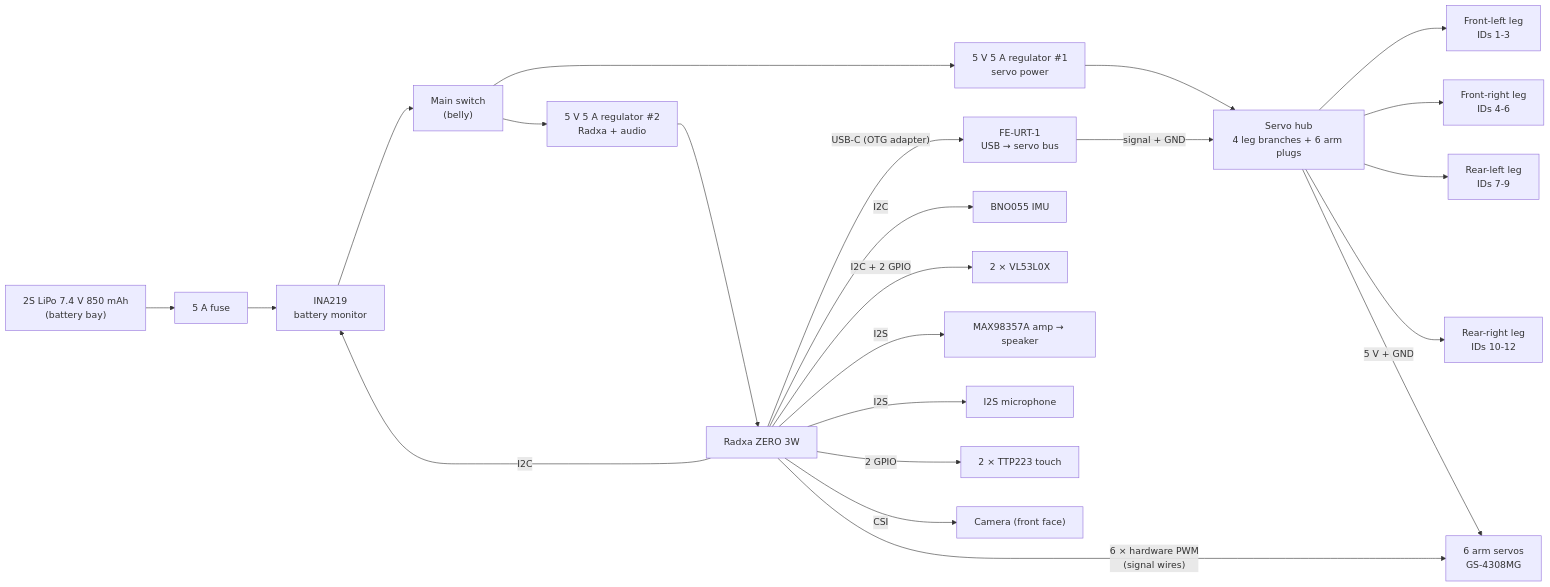
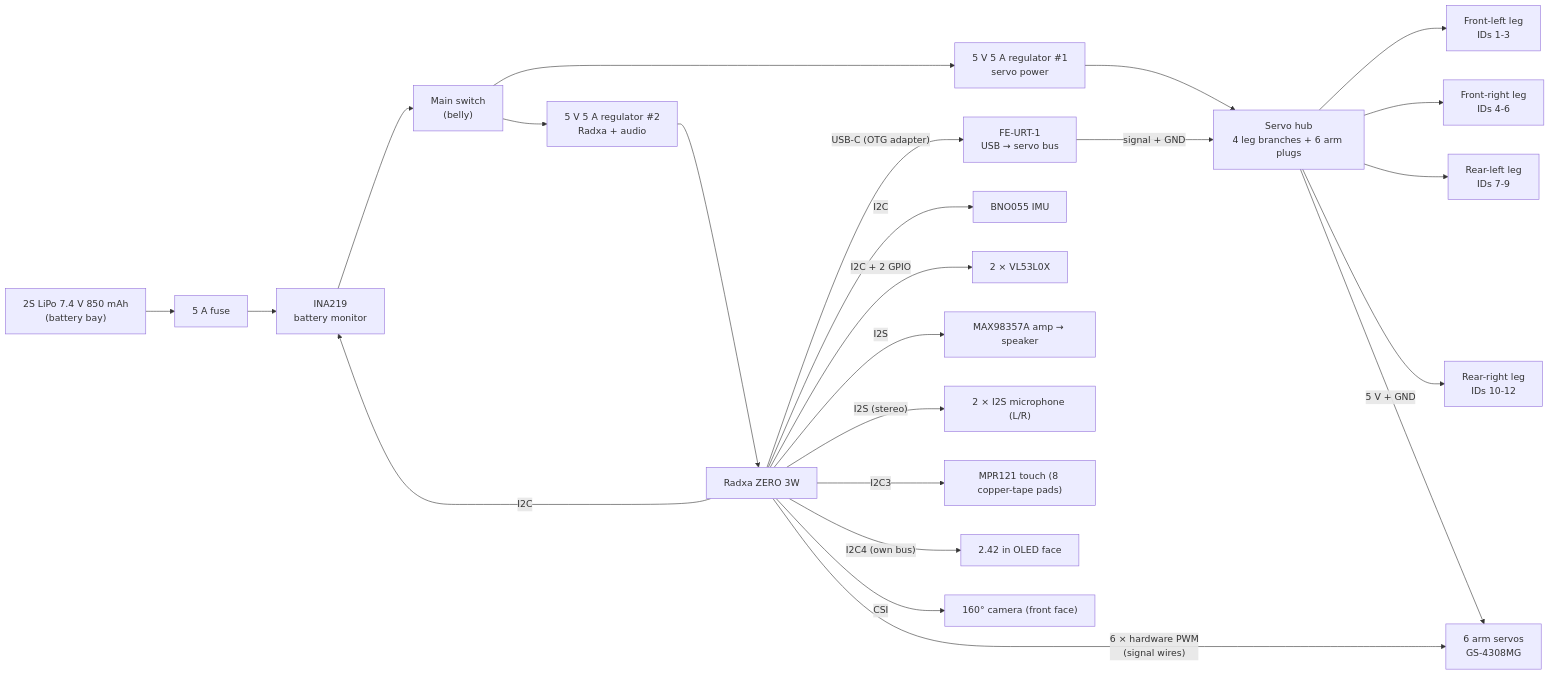
Before and after one commit to rhythmshandlya/pinch: the diagram in hardware/electronics.md, drawn with Mermaid. The commit also changed other lines of this file and 48 other files, not shown here.

First line of the commit message:
Face visor + desk tray + jaw lips (CAD), wide camera, BOM ₹90.7k, push RL env, docs, decisions

````diff
--- a/hardware/electronics.md
+++ b/hardware/electronics.md
@@ -22,25 +23,26 @@
 ```mermaid
 flowchart LR
     BAT["2S LiPo 7.4 V 850 mAh<br/>(battery bay)"] --> FUSE["5 A fuse"]
     FUSE --> INA["INA219<br/>battery monitor"]
     INA --> SW["Main switch<br/>(belly)"]
     SW --> REG6["5 V 5 A regulator #1<br/>servo power"]
     SW --> REG5["5 V 5 A regulator #2<br/>Radxa + audio"]
     REG6 --> HUB["Servo hub<br/>4 leg branches + 6 arm plugs"]
     URT["FE-URT-1<br/>USB → servo bus"] -- "signal + GND" --> HUB
     HUB --> FL["Front-left leg<br/>IDs 1-3"]
     HUB --> FR["Front-right leg<br/>IDs 4-6"]
     HUB --> RL["Rear-left leg<br/>IDs 7-9"]
     HUB --> RR["Rear-right leg<br/>IDs 10-12"]
     HUB -- "5 V + GND" --> ARMS["6 arm servos<br/>GS-4308MG"]
     REG5 --> PI["Radxa ZERO 3W"]
     PI -- "6 × hardware PWM<br/>(signal wires)" --> ARMS
     PI -- "USB-C (OTG adapter)" --> URT
     PI -- "I2C" --> IMU["BNO055 IMU"]
     PI -- "I2C" --> INA
     PI -- "I2C + 2 GPIO" --> TOF["2 × VL53L0X"]
     PI -- "I2S" --> AMP["MAX98357A amp → speaker"]
-    PI -- "I2S" --> MIC["I2S microphone"]
-    PI -- "2 GPIO" --> TOUCH["2 × TTP223 touch"]
-    PI -- "CSI" --> CAM["Camera (front face)"]
+    PI -- "I2S (stereo)" --> MIC["2 × I2S microphone (L/R)"]
+    PI -- "I2C3" --> TOUCH["MPR121 touch (8 copper-tape pads)"]
+    PI -- "I2C4 (own bus)" --> FACE["2.42 in OLED face"]
+    PI -- "CSI" --> CAM["160° camera (front face)"]
 ```
````
